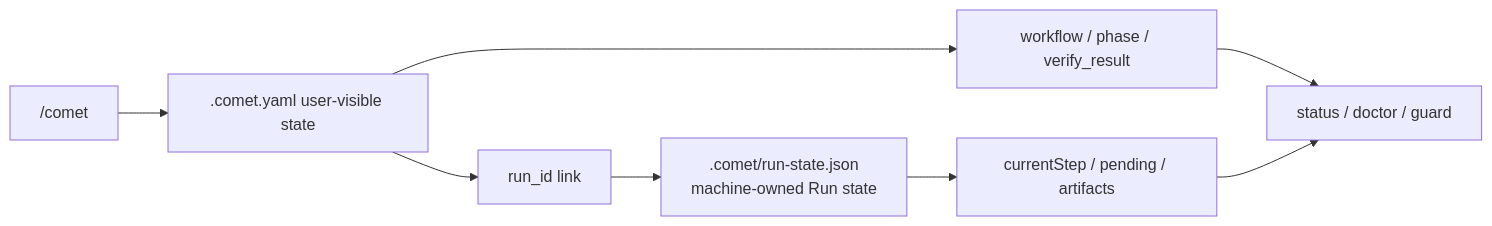
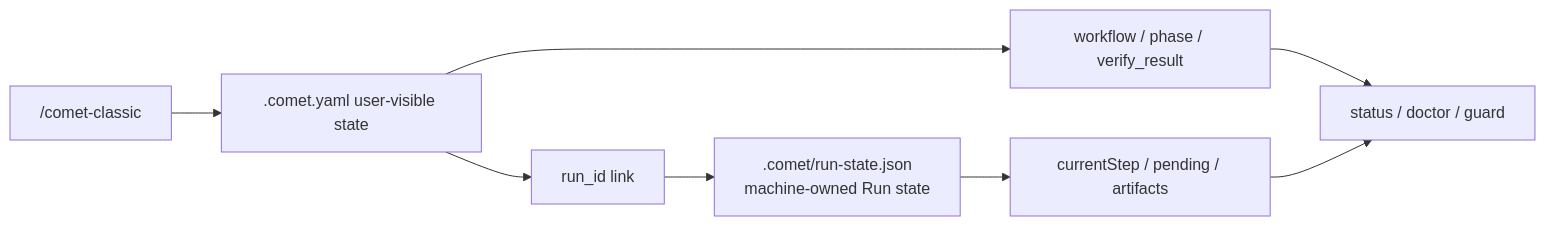
The third of 3 diagrams in en/skill-creator/engine.mdx (rpamis/comet-website-docs), drawn with Mermaid before and after one commit. The commit also changed other lines of this file and 65 other files, not shown here.

````diff
--- a/en/skill-creator/engine.mdx
+++ b/en/skill-creator/engine.mdx
@@ -399,10 +399,10 @@
 ```mermaid
 flowchart LR
-  A["/comet"] --> B[".comet.yaml user-visible state"]
+  A["/comet-classic"] --> B[".comet.yaml user-visible state"]
   B --> C["run_id link"]
   C --> D[".comet/run-state.json<br/>machine-owned Run state"]
   B --> E["workflow / phase / verify_result"]
   D --> F["currentStep / pending / artifacts"]
   E --> G["status / doctor / guard"]
   F --> G
 ```
````
